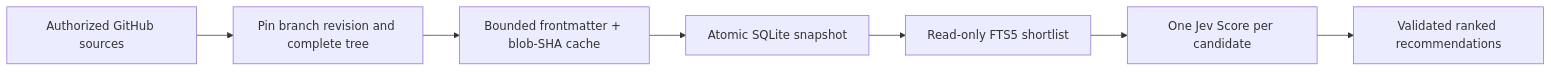
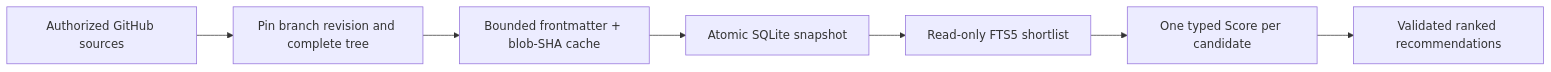
Before and after one commit to King4s/jev-skill-router: the diagram in README.md, drawn with Mermaid. The commit also changed other lines of this file and 9 other files, not shown here.

````diff
--- a/README.md
+++ b/README.md
@@ -86,9 +134,9 @@
 ```mermaid
 flowchart LR
     A[Authorized GitHub sources] --> B[Pin branch revision and complete tree]
     B --> C[Bounded frontmatter + blob-SHA cache]
     C --> D[Atomic SQLite snapshot]
     D --> E[Read-only FTS5 shortlist]
-    E --> F[One Jev Score per candidate]
+    E --> F[One typed Score per candidate]
     F --> G[Validated ranked recommendations]
 ```
````
